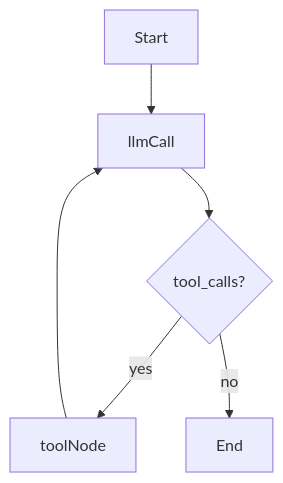
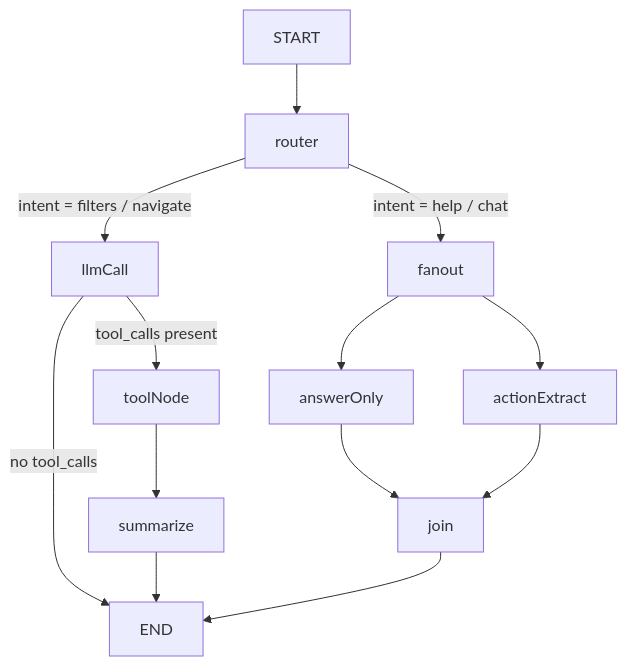
One commit to kushwanthsatyasai/AI_Job_Finder changed the second of 2 diagrams in README.md. Above: the diagram before and after it, drawn with Mermaid. The commit also changed other lines of this file and 9 other files, not shown here.

````diff
--- a/README.md
+++ b/README.md
@@ -126,8 +145,14 @@
 ```mermaid
 flowchart TD
-  startNode[Start] --> llmCall
-  llmCall --> routeNode{"tool_calls?"}
-  routeNode -->|"yes"| toolNode
-  routeNode -->|"no"| endNode[End]
-  toolNode --> llmCall
+  S[START] --> router
+  router -->|"intent = filters / navigate"| llmCall
+  router -->|"intent = help / chat"| fanout
+  llmCall -->|"tool_calls present"| toolNode
+  llmCall -->|"no tool_calls"| E[END]
+  toolNode --> summarize --> E
+  fanout --> answerOnly
+  fanout --> actionExtract
+  answerOnly --> join
+  actionExtract --> join
+  join --> E
 ```
````
